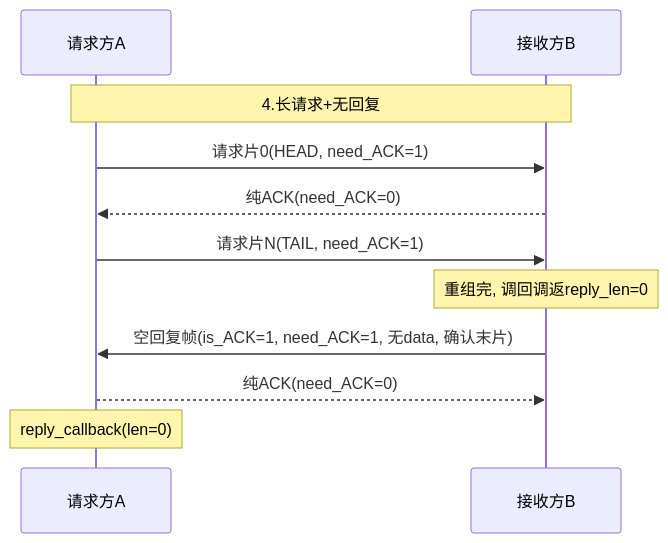
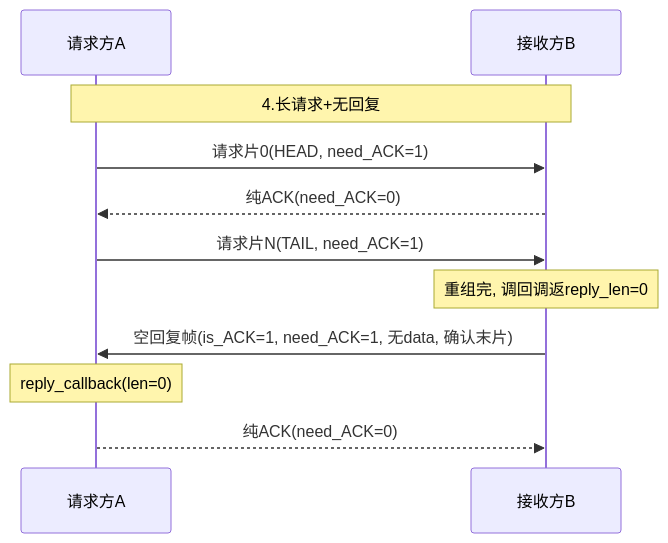
The fourth of 13 diagrams in 工作/项目/代码/260401S3分拣面板-SIA-R9000P.md (Siaiai/ObsidianNote), drawn with Mermaid before and after one commit. The commit also changed other lines of this file and 1 other file, not shown here.

````diff
--- a/工作/项目/代码/260401S3分拣面板-SIA-R9000P.md
+++ b/工作/项目/代码/260401S3分拣面板-SIA-R9000P.md
@@ -112,13 +112,13 @@
 ```mermaid
 sequenceDiagram
     participant A as 请求方A
     participant B as 接收方B
     Note over A,B: 4.长请求+无回复
     A->>B: 请求片0(HEAD, need_ACK=1)
     B-->>A: 纯ACK(need_ACK=0)
     A->>B: 请求片N(TAIL, need_ACK=1)
     Note over B: 重组完, 调回调返reply_len=0
     B->>A: 空回复帧(is_ACK=1, need_ACK=1, 无data, 确认末片)
+    Note over A: reply_callback(len=0)
     A-->>B: 纯ACK(need_ACK=0)
-    Note over A: reply_callback(len=0)
 ```
````
